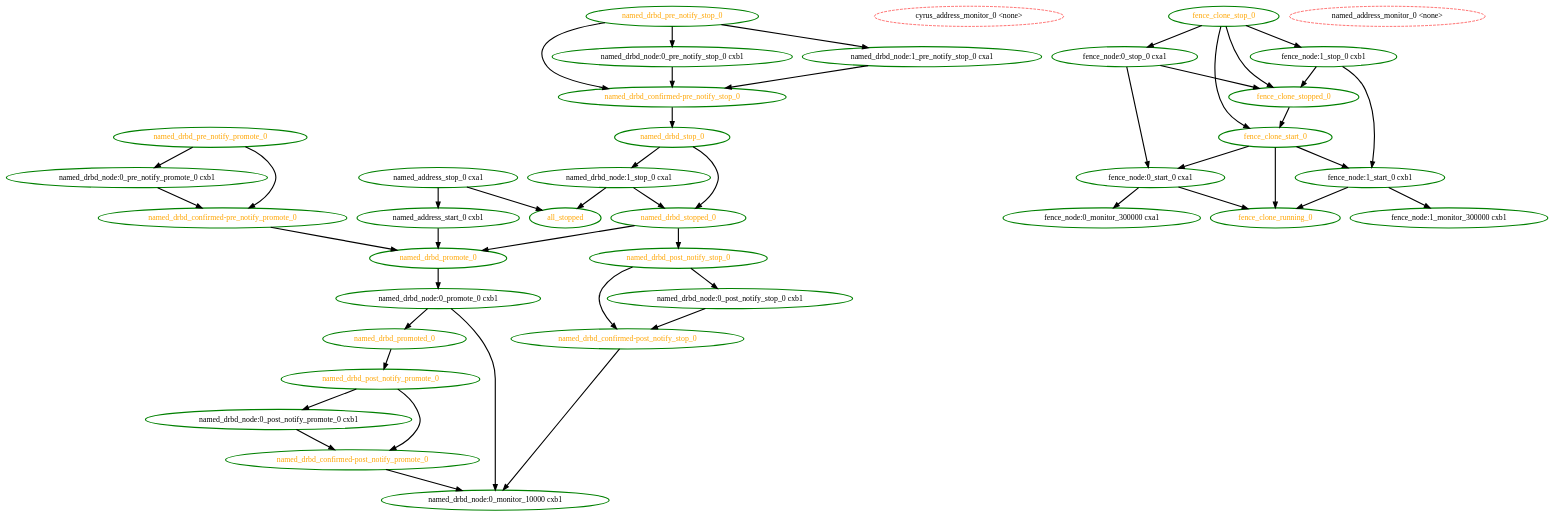
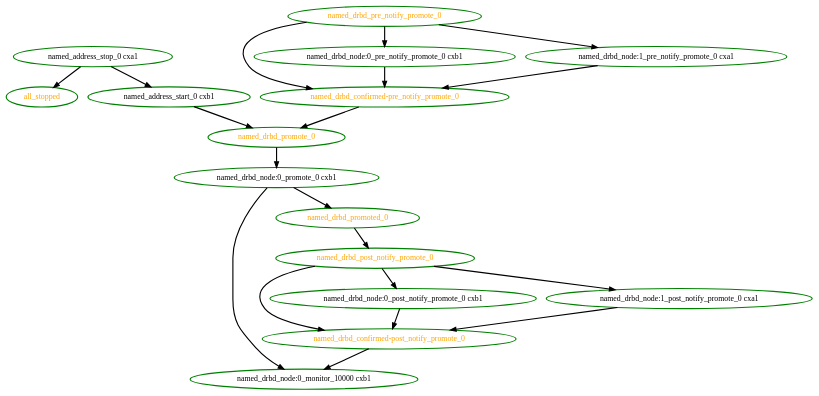
Before and after one commit to linux-ha-japan/pm_diskd: the diagram in pengine/testcases/master-demote.dot, drawn with Graphviz. The commit also changed 62 other files, not shown here.

```diff
--- a/pengine/testcases/master-demote.dot
+++ b/pengine/testcases/master-demote.dot
@@ -1,84 +1,36 @@
 digraph "g" {
 "all_stopped" [ style=bold color="green" fontcolor="orange"  ]
-"cyrus_address_monitor_0 <none>" [ style=dashed color="red" fontcolor="black"  ]
-"fence_clone_running_0" [ style=bold color="green" fontcolor="orange"  ]
-"fence_clone_start_0" -> "fence_clone_running_0" [ style = bold]
-"fence_clone_start_0" -> "fence_node:0_start_0 cxa1" [ style = bold]
-"fence_clone_start_0" -> "fence_node:1_start_0 cxb1" [ style = bold]
-"fence_clone_start_0" [ style=bold color="green" fontcolor="orange"  ]
-"fence_clone_stop_0" -> "fence_clone_start_0" [ style = bold]
-"fence_clone_stop_0" -> "fence_clone_stopped_0" [ style = bold]
-"fence_clone_stop_0" -> "fence_node:0_stop_0 cxa1" [ style = bold]
-"fence_clone_stop_0" -> "fence_node:1_stop_0 cxb1" [ style = bold]
-"fence_clone_stop_0" [ style=bold color="green" fontcolor="orange"  ]
-"fence_clone_stopped_0" -> "fence_clone_start_0" [ style = bold]
-"fence_clone_stopped_0" [ style=bold color="green" fontcolor="orange"  ]
-"fence_node:0_monitor_300000 cxa1" [ style=bold color="green" fontcolor="black"  ]
-"fence_node:0_start_0 cxa1" -> "fence_clone_running_0" [ style = bold]
-"fence_node:0_start_0 cxa1" -> "fence_node:0_monitor_300000 cxa1" [ style = bold]
-"fence_node:0_start_0 cxa1" [ style=bold color="green" fontcolor="black"  ]
-"fence_node:0_stop_0 cxa1" -> "fence_clone_stopped_0" [ style = bold]
-"fence_node:0_stop_0 cxa1" -> "fence_node:0_start_0 cxa1" [ style = bold]
-"fence_node:0_stop_0 cxa1" [ style=bold color="green" fontcolor="black"  ]
-"fence_node:1_monitor_300000 cxb1" [ style=bold color="green" fontcolor="black"  ]
-"fence_node:1_start_0 cxb1" -> "fence_clone_running_0" [ style = bold]
-"fence_node:1_start_0 cxb1" -> "fence_node:1_monitor_300000 cxb1" [ style = bold]
-"fence_node:1_start_0 cxb1" [ style=bold color="green" fontcolor="black"  ]
-"fence_node:1_stop_0 cxb1" -> "fence_clone_stopped_0" [ style = bold]
-"fence_node:1_stop_0 cxb1" -> "fence_node:1_start_0 cxb1" [ style = bold]
-"fence_node:1_stop_0 cxb1" [ style=bold color="green" fontcolor="black"  ]
-"named_address_monitor_0 <none>" [ style=dashed color="red" fontcolor="black"  ]
 "named_address_start_0 cxb1" -> "named_drbd_promote_0" [ style = bold]
 "named_address_start_0 cxb1" [ style=bold color="green" fontcolor="black"  ]
 "named_address_stop_0 cxa1" -> "all_stopped" [ style = bold]
 "named_address_stop_0 cxa1" -> "named_address_start_0 cxb1" [ style = bold]
 "named_address_stop_0 cxa1" [ style=bold color="green" fontcolor="black"  ]
 "named_drbd_confirmed-post_notify_promote_0" -> "named_drbd_node:0_monitor_10000 cxb1" [ style = bold]
 "named_drbd_confirmed-post_notify_promote_0" [ style=bold color="green" fontcolor="orange"  ]
-"named_drbd_confirmed-post_notify_stop_0" -> "named_drbd_node:0_monitor_10000 cxb1" [ style = bold]
-"named_drbd_confirmed-post_notify_stop_0" [ style=bold color="green" fontcolor="orange"  ]
 "named_drbd_confirmed-pre_notify_promote_0" -> "named_drbd_promote_0" [ style = bold]
 "named_drbd_confirmed-pre_notify_promote_0" [ style=bold color="green" fontcolor="orange"  ]
-"named_drbd_confirmed-pre_notify_stop_0" -> "named_drbd_stop_0" [ style = bold]
-"named_drbd_confirmed-pre_notify_stop_0" [ style=bold color="green" fontcolor="orange"  ]
 "named_drbd_node:0_monitor_10000 cxb1" [ style=bold color="green" fontcolor="black"  ]
 "named_drbd_node:0_post_notify_promote_0 cxb1" -> "named_drbd_confirmed-post_notify_promote_0" [ style = bold]
 "named_drbd_node:0_post_notify_promote_0 cxb1" [ style=bold color="green" fontcolor="black"  ]
-"named_drbd_node:0_post_notify_stop_0 cxb1" -> "named_drbd_confirmed-post_notify_stop_0" [ style = bold]
-"named_drbd_node:0_post_notify_stop_0 cxb1" [ style=bold color="green" fontcolor="black"  ]
 "named_drbd_node:0_pre_notify_promote_0 cxb1" -> "named_drbd_confirmed-pre_notify_promote_0" [ style = bold]
 "named_drbd_node:0_pre_notify_promote_0 cxb1" [ style=bold color="green" fontcolor="black"  ]
-"named_drbd_node:0_pre_notify_stop_0 cxb1" -> "named_drbd_confirmed-pre_notify_stop_0" [ style = bold]
-"named_drbd_node:0_pre_notify_stop_0 cxb1" [ style=bold color="green" fontcolor="black"  ]
 "named_drbd_node:0_promote_0 cxb1" -> "named_drbd_node:0_monitor_10000 cxb1" [ style = bold]
 "named_drbd_node:0_promote_0 cxb1" -> "named_drbd_promoted_0" [ style = bold]
 "named_drbd_node:0_promote_0 cxb1" [ style=bold color="green" fontcolor="black"  ]
-"named_drbd_node:1_pre_notify_stop_0 cxa1" -> "named_drbd_confirmed-pre_notify_stop_0" [ style = bold]
-"named_drbd_node:1_pre_notify_stop_0 cxa1" [ style=bold color="green" fontcolor="black"  ]
-"named_drbd_node:1_stop_0 cxa1" -> "all_stopped" [ style = bold]
-"named_drbd_node:1_stop_0 cxa1" -> "named_drbd_stopped_0" [ style = bold]
-"named_drbd_node:1_stop_0 cxa1" [ style=bold color="green" fontcolor="black"  ]
+"named_drbd_node:1_post_notify_promote_0 cxa1" -> "named_drbd_confirmed-post_notify_promote_0" [ style = bold]
+"named_drbd_node:1_post_notify_promote_0 cxa1" [ style=bold color="green" fontcolor="black"  ]
+"named_drbd_node:1_pre_notify_promote_0 cxa1" -> "named_drbd_confirmed-pre_notify_promote_0" [ style = bold]
+"named_drbd_node:1_pre_notify_promote_0 cxa1" [ style=bold color="green" fontcolor="black"  ]
 "named_drbd_post_notify_promote_0" -> "named_drbd_confirmed-post_notify_promote_0" [ style = bold]
 "named_drbd_post_notify_promote_0" -> "named_drbd_node:0_post_notify_promote_0 cxb1" [ style = bold]
+"named_drbd_post_notify_promote_0" -> "named_drbd_node:1_post_notify_promote_0 cxa1" [ style = bold]
 "named_drbd_post_notify_promote_0" [ style=bold color="green" fontcolor="orange"  ]
-"named_drbd_post_notify_stop_0" -> "named_drbd_confirmed-post_notify_stop_0" [ style = bold]
-"named_drbd_post_notify_stop_0" -> "named_drbd_node:0_post_notify_stop_0 cxb1" [ style = bold]
-"named_drbd_post_notify_stop_0" [ style=bold color="green" fontcolor="orange"  ]
 "named_drbd_pre_notify_promote_0" -> "named_drbd_confirmed-pre_notify_promote_0" [ style = bold]
 "named_drbd_pre_notify_promote_0" -> "named_drbd_node:0_pre_notify_promote_0 cxb1" [ style = bold]
+"named_drbd_pre_notify_promote_0" -> "named_drbd_node:1_pre_notify_promote_0 cxa1" [ style = bold]
 "named_drbd_pre_notify_promote_0" [ style=bold color="green" fontcolor="orange"  ]
-"named_drbd_pre_notify_stop_0" -> "named_drbd_confirmed-pre_notify_stop_0" [ style = bold]
-"named_drbd_pre_notify_stop_0" -> "named_drbd_node:0_pre_notify_stop_0 cxb1" [ style = bold]
-"named_drbd_pre_notify_stop_0" -> "named_drbd_node:1_pre_notify_stop_0 cxa1" [ style = bold]
-"named_drbd_pre_notify_stop_0" [ style=bold color="green" fontcolor="orange"  ]
 "named_drbd_promote_0" -> "named_drbd_node:0_promote_0 cxb1" [ style = bold]
 "named_drbd_promote_0" [ style=bold color="green" fontcolor="orange"  ]
 "named_drbd_promoted_0" -> "named_drbd_post_notify_promote_0" [ style = bold]
 "named_drbd_promoted_0" [ style=bold color="green" fontcolor="orange"  ]
-"named_drbd_stop_0" -> "named_drbd_node:1_stop_0 cxa1" [ style = bold]
-"named_drbd_stop_0" -> "named_drbd_stopped_0" [ style = bold]
-"named_drbd_stop_0" [ style=bold color="green" fontcolor="orange"  ]
-"named_drbd_stopped_0" -> "named_drbd_post_notify_stop_0" [ style = bold]
-"named_drbd_stopped_0" -> "named_drbd_promote_0" [ style = bold]
-"named_drbd_stopped_0" [ style=bold color="green" fontcolor="orange"  ]
 }
```
